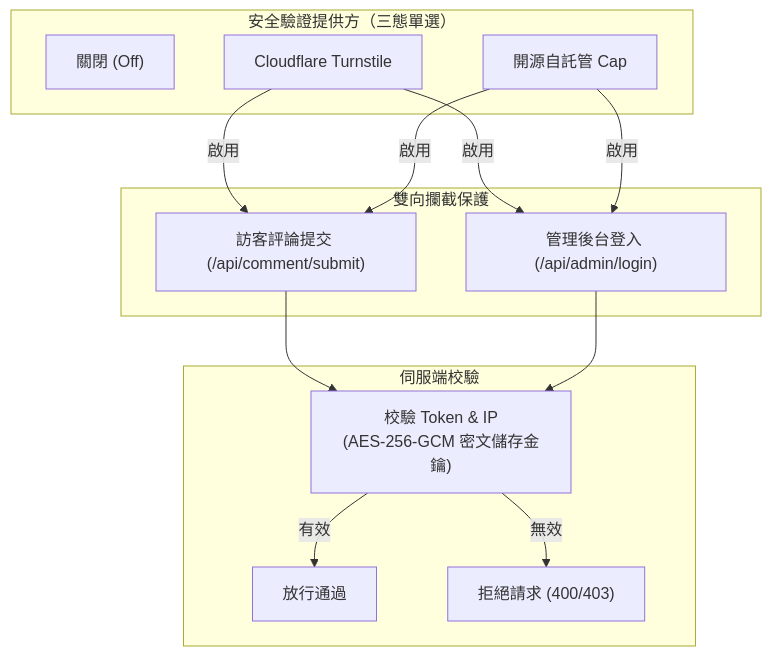
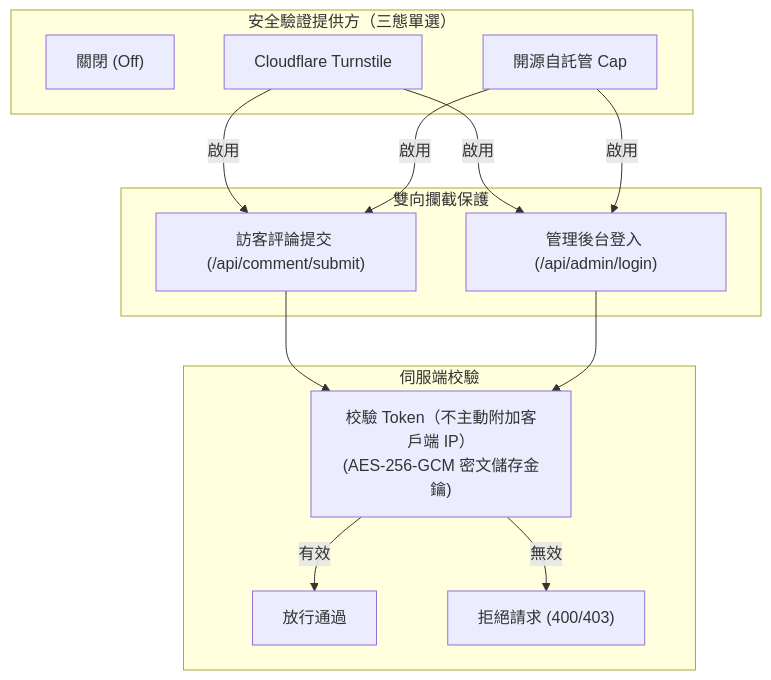
The diagram in docs/zh-hant/self-hosting/admin.md (DejavuMoe/Ecoku), drawn with Mermaid before and after one commit. The commit also changed other lines of this file and 76 other files, not shown here.

````diff
--- a/docs/zh-hant/self-hosting/admin.md
+++ b/docs/zh-hant/self-hosting/admin.md
@@ -38,28 +42,28 @@
 ```mermaid
 graph TD
     subgraph Provider["安全驗證提供方（三態單選）"]
         P1["關閉 (Off)"]
         P2["Cloudflare Turnstile"]
         P3["開源自託管 Cap"]
     end
 
     subgraph Protection["雙向攔截保護"]
         Visitor["訪客評論提交 (/api/comment/submit)"]
         Admin["管理後台登入 (/api/admin/login)"]
     end
 
     subgraph Verification["伺服端校驗"]
-        VerifyToken["校驗 Token & IP<br/>(AES-256-GCM 密文儲存金鑰)"]
+        VerifyToken["校驗 Token（不主動附加客戶端 IP）<br/>(AES-256-GCM 密文儲存金鑰)"]
         Pass["放行通過"]
         Reject["拒絕請求 (400/403)"]
     end
 
     P2 -->|啟用| Visitor
     P2 -->|啟用| Admin
     P3 -->|啟用| Visitor
     P3 -->|啟用| Admin
     Visitor --> VerifyToken
     Admin --> VerifyToken
     VerifyToken -->|有效| Pass
     VerifyToken -->|無效| Reject
 ```
````
